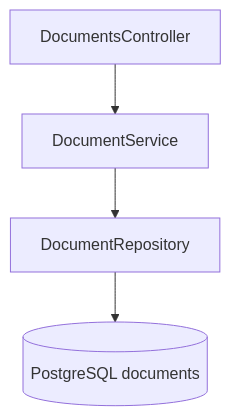
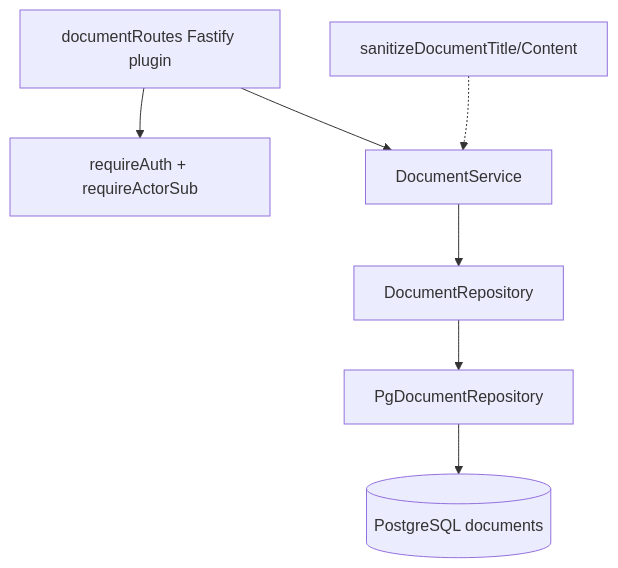
The first of 2 diagrams in docs/architecture/modules/document-module.md (TommyKolb/GlossaDocs), drawn with Mermaid before and after one commit. The commit also changed other lines of this file and 10 other files, not shown here.

````diff
--- a/docs/architecture/modules/document-module.md
+++ b/docs/architecture/modules/document-module.md
@@ -16,6 +24,15 @@
 ```mermaid
 flowchart TB
-  ctrl[DocumentsController] --> svc[DocumentService]
-  svc --> repo[DocumentRepository]
-  repo --> db[(PostgreSQL documents)]
+  dr[documentRoutes Fastify plugin]
+  ra[requireAuth + requireActorSub]
+  svc[DocumentService]
+  repo[DocumentRepository]
+  pg[PgDocumentRepository]
+  sql[(PostgreSQL documents)]
+  dr --> ra
+  dr --> svc
+  svc --> repo
+  repo --> pg
+  pg --> sql
+  san[sanitizeDocumentTitle/Content] -.-> svc
 ```
````
